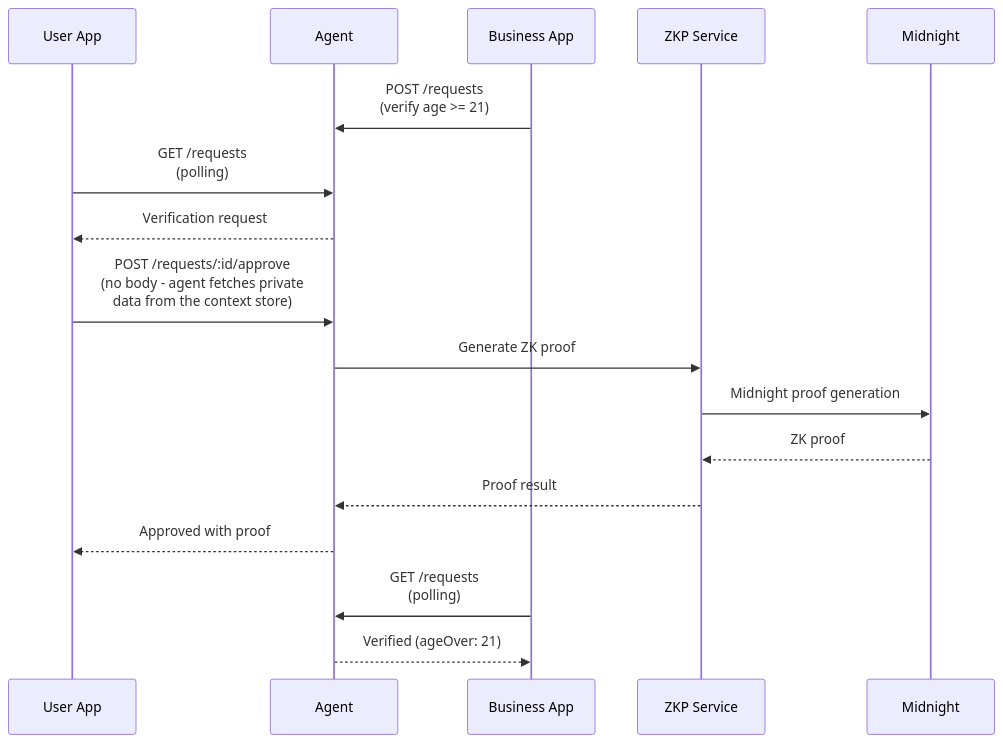
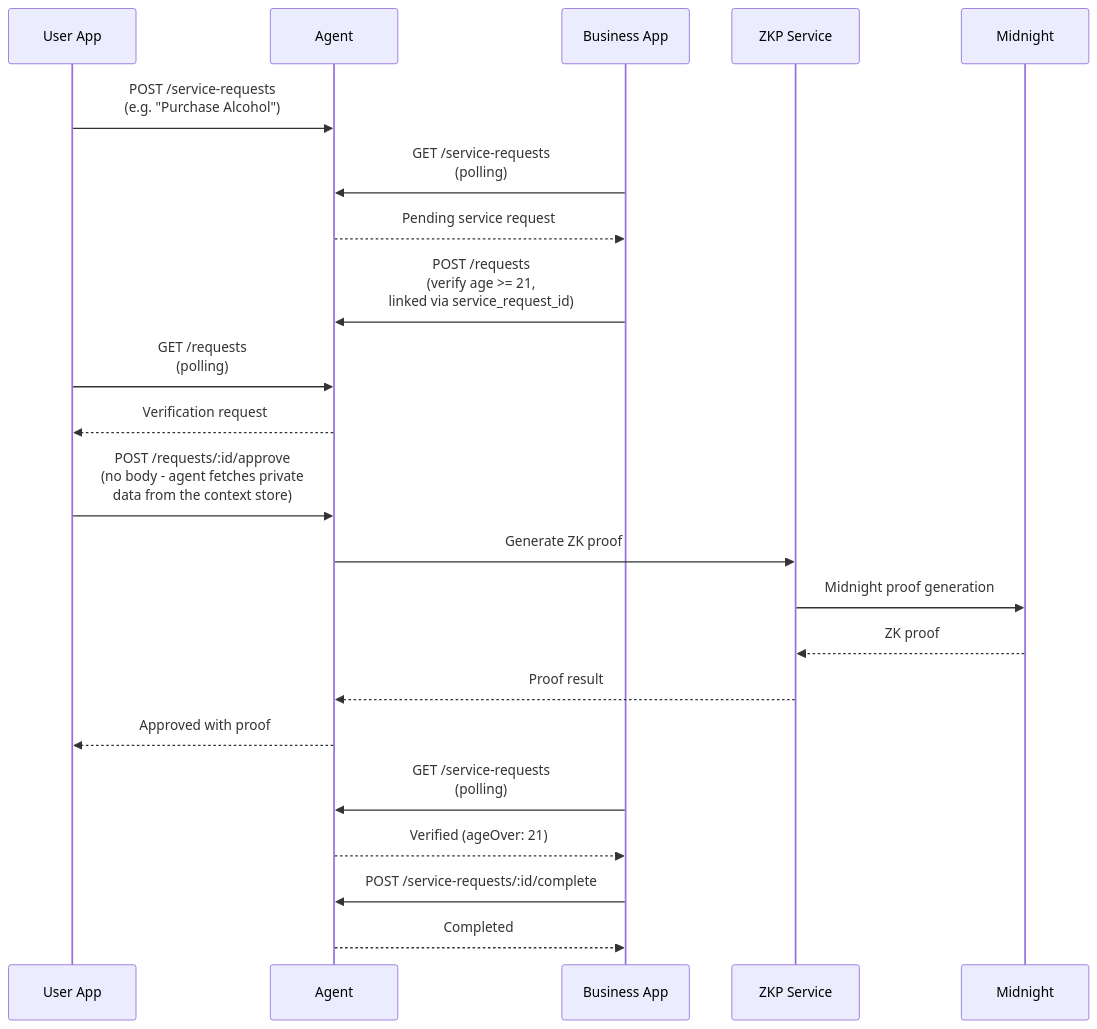
Before and after one commit to peteski22/pci-demo: the second of 2 diagrams in README.md, drawn with Mermaid. The commit also changed other lines of this file and 5 other files, not shown here.

First line of the commit message:
Reconcile service flow with pci-agent's snake_case contract, enable by default (#11)

````diff
--- a/README.md
+++ b/README.md
@@ -41,20 +45,25 @@
 ```mermaid
 sequenceDiagram
     participant U as User App
     participant A as Agent
     participant B as Business App
     participant Z as ZKP Service
     participant M as Midnight
 
-    B->>A: POST /requests<br/>(verify age >= 21)
+    U->>A: POST /service-requests<br/>(e.g. "Purchase Alcohol")
+    B->>A: GET /service-requests<br/>(polling)
+    A-->>B: Pending service request
+    B->>A: POST /requests<br/>(verify age >= 21,<br/>linked via service_request_id)
     U->>A: GET /requests<br/>(polling)
     A-->>U: Verification request
     U->>A: POST /requests/:id/approve<br/>(no body - agent fetches private<br/>data from the context store)
     A->>Z: Generate ZK proof
     Z->>M: Midnight proof generation
     M-->>Z: ZK proof
     Z-->>A: Proof result
     A-->>U: Approved with proof
-    B->>A: GET /requests<br/>(polling)
+    B->>A: GET /service-requests<br/>(polling)
     A-->>B: Verified (ageOver: 21)
+    B->>A: POST /service-requests/:id/complete
+    A-->>B: Completed
 ```
````
